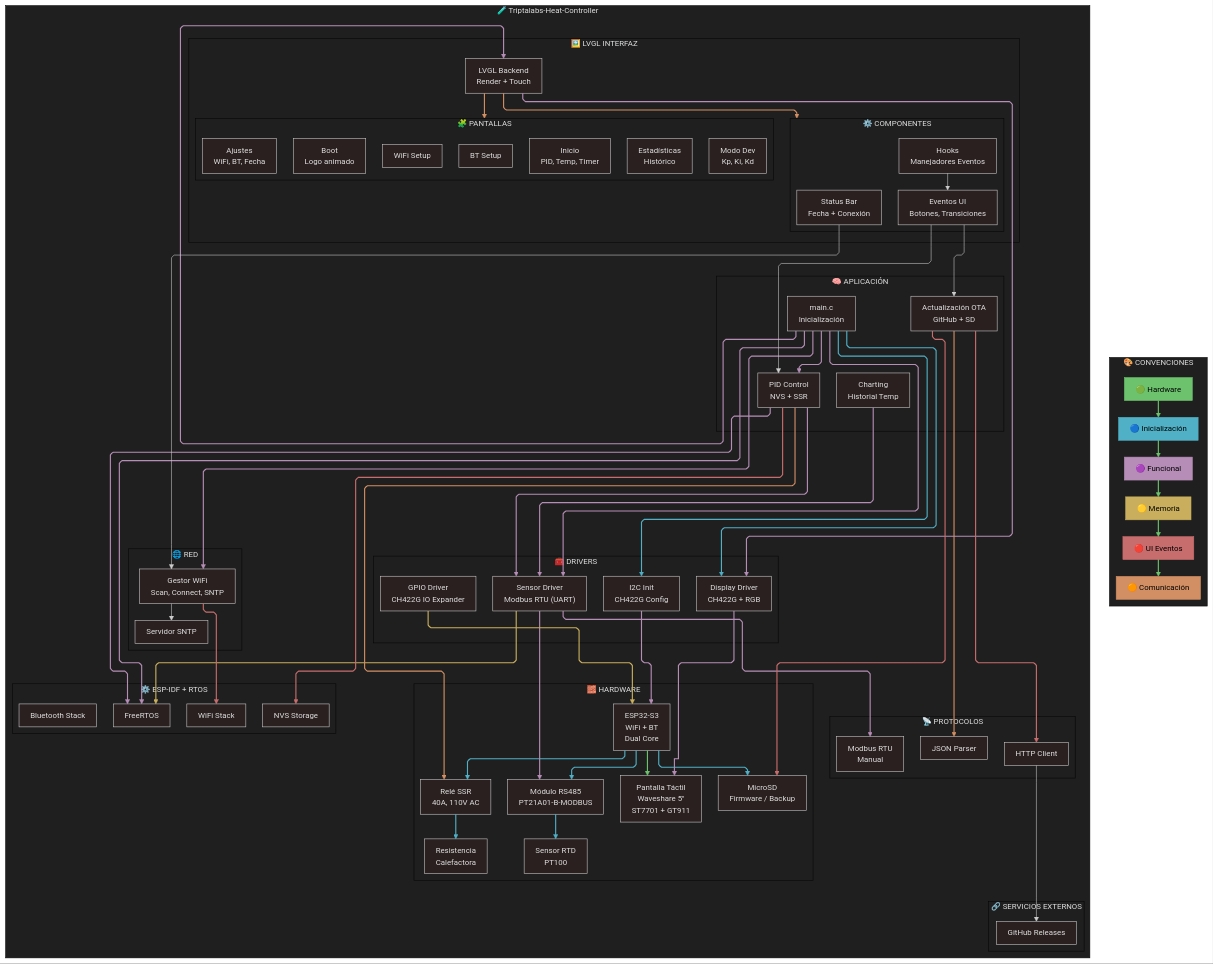
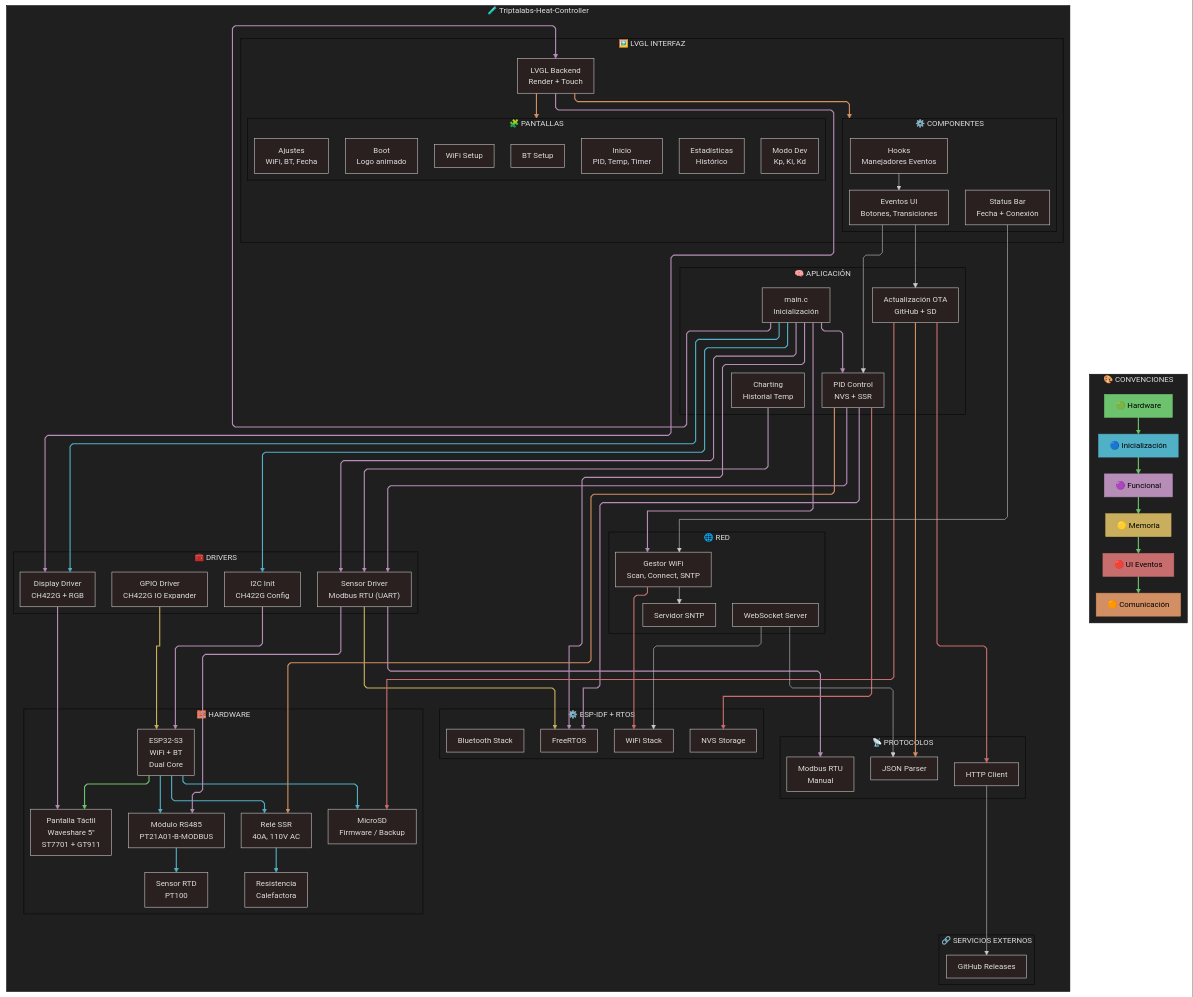
Before and after one commit to triptalabs/tripta-heat-PID: the diagram in docs/summary.mmd, drawn with Mermaid. The commit also changed 6 other files, not shown here.

```diff
--- a/docs/summary.mmd
+++ b/docs/summary.mmd
@@ -1,195 +1,198 @@
 ---
 config:
   theme: neo-dark
   layout: elk
   flowchart:
     curve: linear
     nodeSpacing: 40
     rankSpacing: 50
     padding: 10
     htmlLabels: false
     useMaxWidth: false
     diagramPadding: 10
 ---
 
 flowchart TB
 
 %% =====================
 %% 🎨 CONVENCIONES
 %% =====================
 subgraph CONVENCIONES["🎨 CONVENCIONES"]
     C1["🟢 Hardware"]
     C2["🔵 Inicialización"]
     C3["🟣 Funcional"]
     C4["🟡 Memoria"]
     C5["🔴 UI Eventos"]
     C6["🟠 Comunicación"]
     C1 --> C2 --> C3 --> C4 --> C5 --> C6
 end
 
 style C1 fill:#6DC36D,stroke:#6DC36D,color:#000000
 style C2 fill:#4FB0C6,stroke:#4FB0C6,color:#000000
 style C3 fill:#B58DB6,stroke:#B58DB6,color:#000000
 style C4 fill:#C9AF5D,stroke:#C9AF5D,color:#000000
 style C5 fill:#C86D6D,stroke:#C86D6D,color:#000000
 style C6 fill:#D38F64,stroke:#D38F64,color:#000000
 
 %% =====================
 %% 🧪 TRIPTALABS-HEAT-CONTROLLER
 %% =====================
 subgraph SYSTEM["🧪 Triptalabs-Heat-Controller"]
     subgraph HW["🧱 HARDWARE"]
         ESP32["ESP32-S3
 WiFi + BT
 Dual Core"]
         DISPLAY["Pantalla Táctil
 Waveshare 5''
 ST7701 + GT911"]
         PT100["Sensor RTD
 PT100"]
         RS485["Módulo RS485
 PT21A01-B-MODBUS"]
         SSR["Relé SSR
 40A, 110V AC"]
         HEATER["Resistencia
 Calefactora"]
         SDCARD["MicroSD
 Firmware / Backup"]
     end
 
     subgraph RTOS["⚙️ ESP-IDF + RTOS"]
         FREERTOS["FreeRTOS"]
         WIFI_STACK["WiFi Stack"]
         BT_STACK["Bluetooth Stack"]
         NVS["NVS Storage"]
     end
 
     subgraph DRIVERS["🧰 DRIVERS"]
         CONFIG_DRV["I2C Init
 CH422G Config"]
         DISPLAY_DRV["Display Driver
 CH422G + RGB"]
         SENSOR_DRV["Sensor Driver
 Modbus RTU (UART)"]
         IO_DRV["GPIO Driver
 CH422G IO Expander"]
     end
 
     subgraph CORE["🧠 APLICACIÓN"]
         MAIN["main.c
 Inicialización"]
         PID["PID Control
  NVS + SSR"]
         UPDATE["Actualización OTA
 GitHub + SD"]
         CHART["Charting
 Historial Temp"]
     end
 
     subgraph SCREENS["🧩 PANTALLAS"]
         BOOT["Boot
 Logo animado"]
         HOME["Inicio
 PID, Temp, Timer"]
         SETTINGS["Ajustes
 WiFi, BT, Fecha"]
         STATS["Estadísticas
 Histórico"]
         DEV["Modo Dev
 Kp, Ki, Kd"]
         WIFI_SCREEN["WiFi Setup"]
         BT_SCREEN["BT Setup"]
     end
 
     subgraph COMPONENTS["⚙️ COMPONENTES"]
         STATUSBAR["Status Bar
 Fecha + Conexión"]
         HOOKS["Hooks
 Manejadores Eventos"]
         EVENTS["Eventos UI
 Botones, Transiciones"]
     end
 
     subgraph GUI["🖼️ LVGL INTERFAZ"]
         LVGL_PORT["LVGL Backend
 Render + Touch"]
         SCREENS
         COMPONENTS
     end
 
     subgraph NET["🌐 RED"]
         WIFI_MGR["Gestor WiFi
 Scan, Connect, SNTP"]
         SNTP["Servidor SNTP"]
+        WS_SERVER["WebSocket Server"]
     end
 
     subgraph PROTO["📡 PROTOCOLOS"]
         MODBUS["Modbus RTU
 Manual"]
         HTTP["HTTP Client"]
         JSON["JSON Parser"]
     end
 
     subgraph EXT["🔗 SERVICIOS EXTERNOS"]
         GITHUB["GitHub Releases"]
     end
 end
 
 %% =====================
 %% 🔌 CONEXIONES Y ESTILO
 %% =====================
 
 %% 🟢 Hardware
 ESP32 --> DISPLAY
 ESP32 --> RS485
 ESP32 --> SDCARD
 ESP32 --> SSR
 RS485 --> PT100
 SSR --> HEATER
 linkStyle 0,1,2,3,4,5 stroke:#6DC36D,stroke-width:2px
 
 %% 🔵 Inicialización
 MAIN --> CONFIG_DRV
 MAIN --> DISPLAY_DRV
 MAIN --> SENSOR_DRV
 MAIN --> PID
 MAIN --> LVGL_PORT
 MAIN --> WIFI_MGR
 MAIN --> FREERTOS
 linkStyle 6,7,8,9,10,11,12 stroke:#4FB0C6,stroke-width:2px
 
 %% 🟣 Funcional
 CONFIG_DRV --> ESP32
 DISPLAY_DRV --> DISPLAY
 SENSOR_DRV --> RS485
 SENSOR_DRV --> MODBUS
 SENSOR_DRV --> FREERTOS
 IO_DRV --> ESP32
 PID --> SSR
 PID --> SENSOR_DRV
 PID --> FREERTOS
 CHART --> SENSOR_DRV
 LVGL_PORT --> DISPLAY_DRV
 LVGL_PORT --> SCREENS
 LVGL_PORT --> COMPONENTS
 linkStyle 13,14,15,16,17,18,19,20,21,25,26,27,28 stroke:#B58DB6,stroke-width:2px
 
 %% 🟡 Memoria
 PID --> NVS
 UPDATE --> SDCARD
 linkStyle 22,23 stroke:#C9AF5D,stroke-width:2px
 
 %% 🟠 Comunicación
 UPDATE --> HTTP
 UPDATE --> JSON
 WIFI_MGR --> WIFI_STACK
 WIFI_MGR --> SNTP
 HTTP --> GITHUB
+WS_SERVER --> JSON
+WS_SERVER --> WIFI_STACK
 linkStyle 24,29,30,34 stroke:#D38F64,stroke-width:2px
 
 %% 🔴 UI Eventos
 HOOKS --> EVENTS
 EVENTS --> PID
 EVENTS --> UPDATE
 STATUSBAR --> WIFI_MGR
 linkStyle 31,32,33,35 stroke:#C86D6D,stroke-width:2px
```
